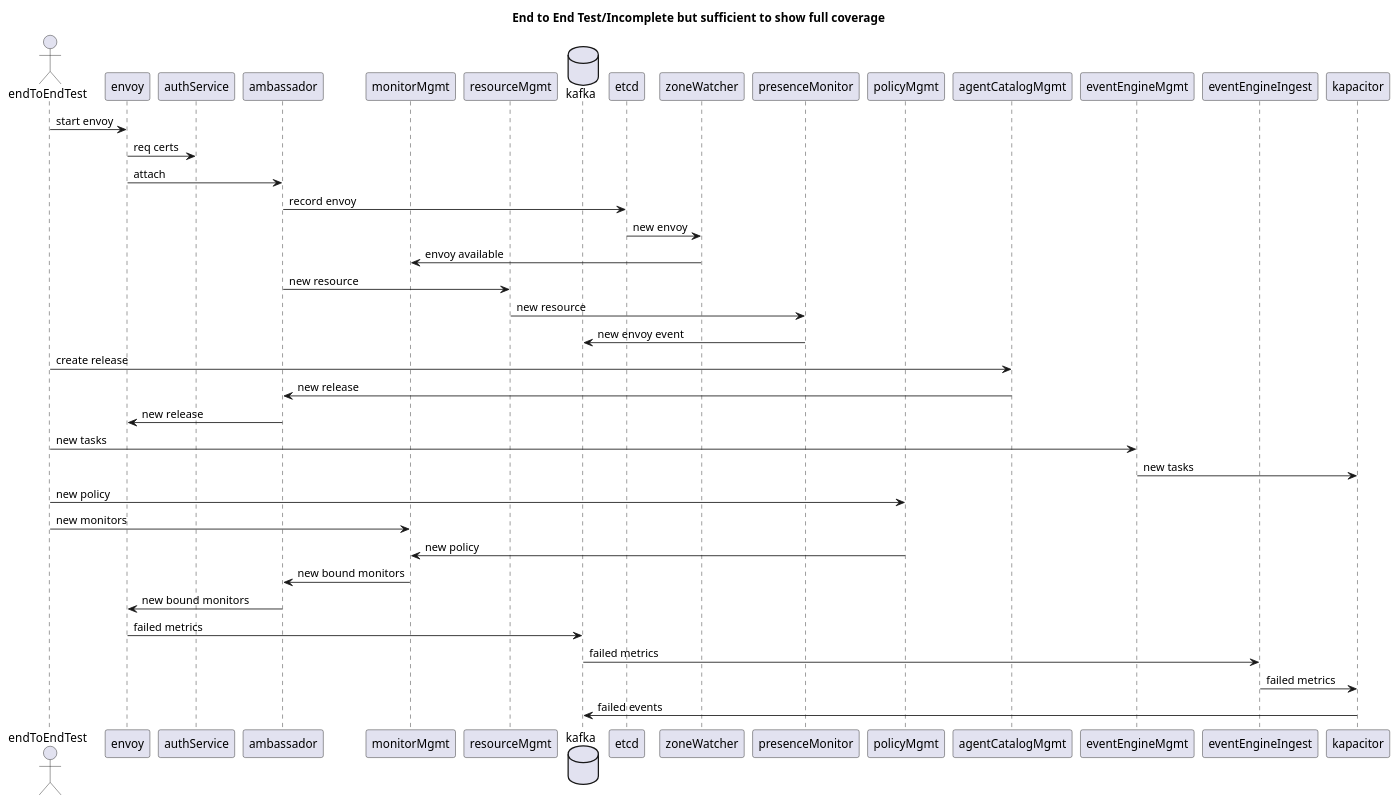
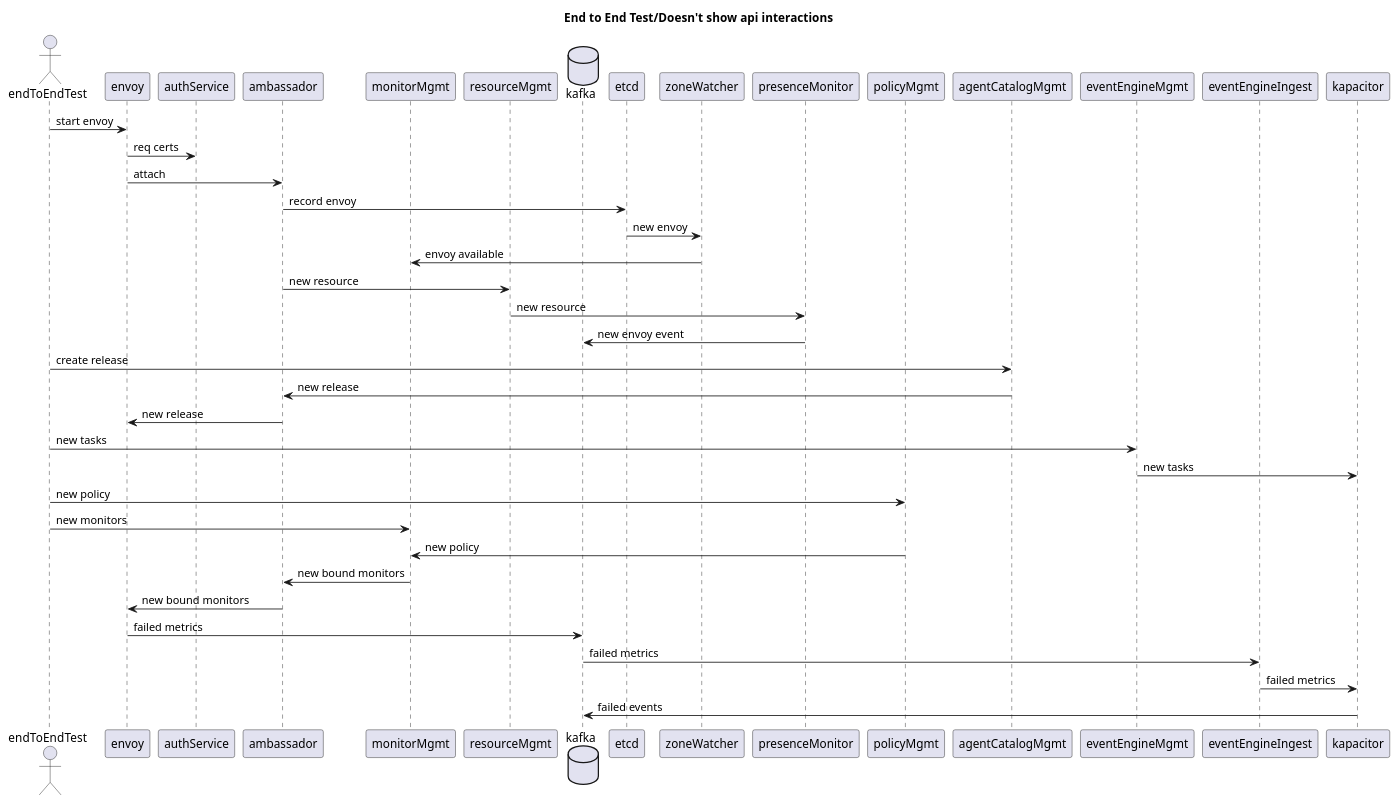
Before and after one commit to racker/salus-docs: the diagram in design/end-to-end-test/diagram.puml, drawn with PlantUML.

Commit message:
fixed diagram

```diff
--- a/design/end-to-end-test/diagram.puml
+++ b/design/end-to-end-test/diagram.puml
@@ -1,46 +1,46 @@
 @startuml
 
-title End to End Test/Incomplete but sufficient to show full coverage
+title End to End Test/Doesn't show api interactions
 
 actor endToEndTest as e2et
 participant envoy as en
 participant authService as auth
 participant ambassador as amb
 participant monitorMgmt as mm
 participant resourceMgmt as rm
 database kafka
 participant etcd
 participant zoneWatcher as zw
 participant presenceMonitor as preM
 participant policyMgmt as polM
 participant agentCatalogMgmt as acm
 participant eventEngineMgmt as eem
 participant eventEngineIngest as eei
 participant kapacitor as kap
 
 
 e2et -> en: start envoy
 en -> auth: req certs
 en -> amb: attach
 amb -> etcd: record envoy
 etcd -> zw: new envoy
 zw -> mm: envoy available
 amb -> rm: new resource
 rm -> preM: new resource
 preM -> kafka: new envoy event
 e2et -> acm: create release
 acm -> amb: new release
 amb -> en: new release
 e2et -> eem: new tasks
 eem -> kap: new tasks
 e2et -> polM: new policy
 e2et -> mm: new monitors
 polM -> mm: new policy
 mm -> amb: new bound monitors
 amb -> en: new bound monitors
 en -> kafka: failed metrics
 kafka -> eei: failed metrics
 eei -> kap: failed metrics
 kap -> kafka: failed events
 
 @enduml
```
